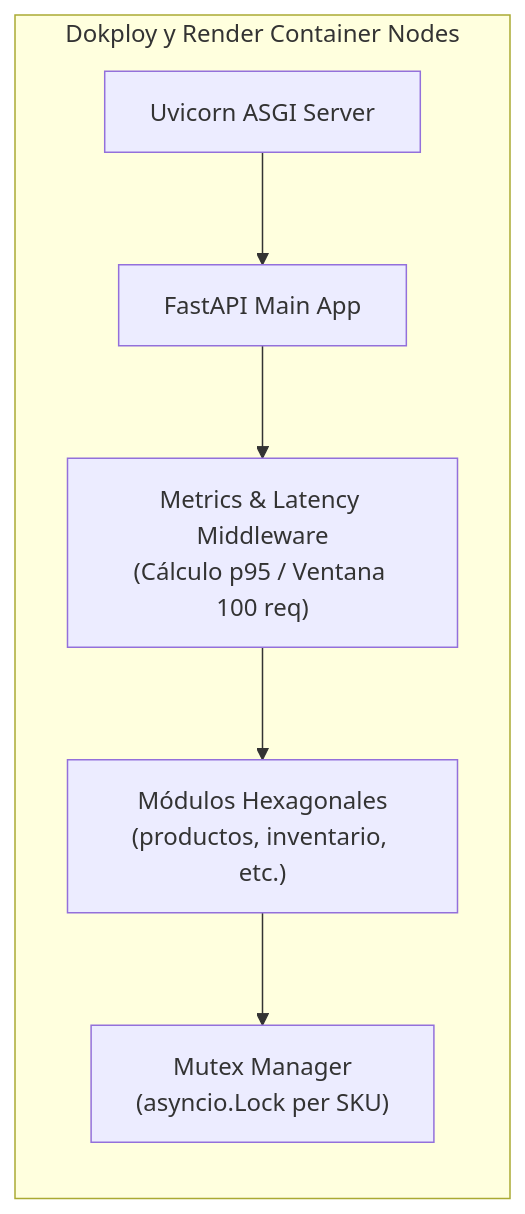
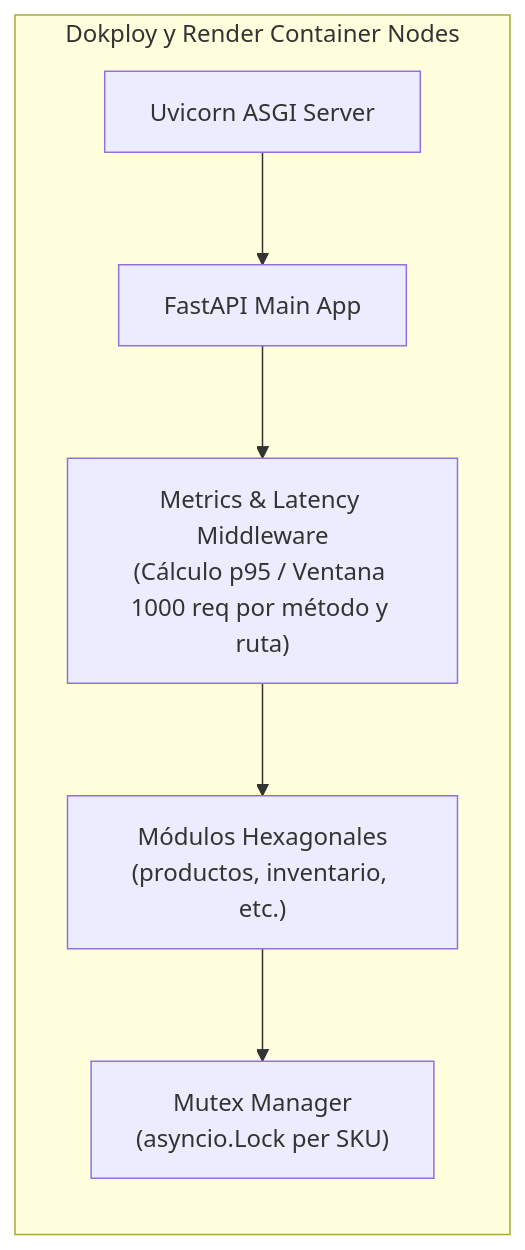
The sixth of 7 diagrams in docs/arc42/arc42-template-EN.md (ISCOUTB/AS_202620_InvenTrack), drawn with Mermaid before and after one commit. The commit also changed other lines of this file and 28 other files, not shown here.

````diff
--- a/docs/arc42/arc42-template-EN.md
+++ b/docs/arc42/arc42-template-EN.md
@@ -489,12 +468,12 @@
 ```mermaid
 flowchart LR
     subgraph DEPLOYMENT_NODES["Dokploy y Render Container Nodes"]
         UVI["Uvicorn ASGI Server"]
         FAST["FastAPI Main App"]
-        MIDDLEWARE["Metrics & Latency Middleware<br/>(Cálculo p95 / Ventana 100 req)"]
+        MIDDLEWARE["Metrics & Latency Middleware<br/>(Cálculo p95 / Ventana 1000 req por método y ruta)"]
         MODS["Módulos Hexagonales<br/>(productos, inventario, etc.)"]
         MUTEX["Mutex Manager<br/>(asyncio.Lock per SKU)"]
 
         UVI --> FAST --> MIDDLEWARE --> MODS --> MUTEX
     end
 ```
````
